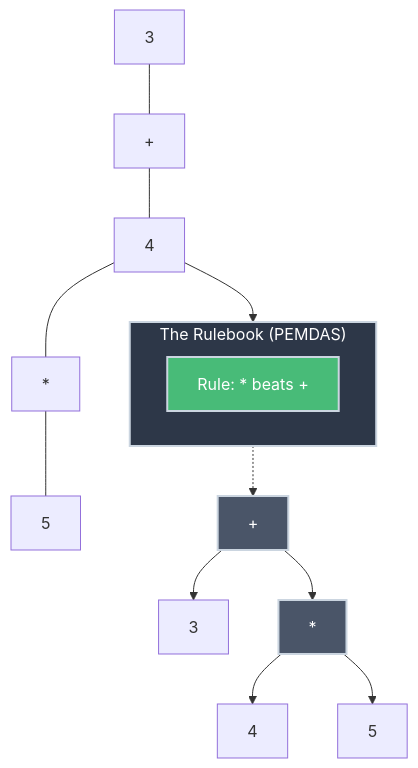
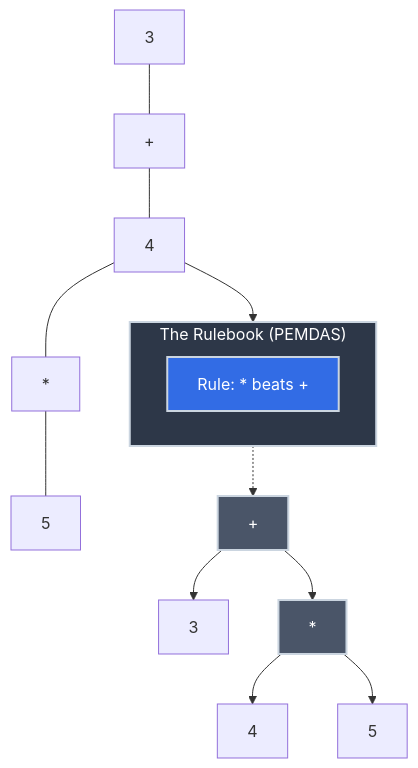
Before and after one commit to bradpenney/exploring_computer_science: the fifth of 8 diagrams in docs/mastery/functional_programming/scheme_and_parse_trees.md, drawn with Mermaid. The commit also changed other lines of this file and 27 other files, not shown here.

````diff
--- a/docs/mastery/functional_programming/scheme_and_parse_trees.md
+++ b/docs/mastery/functional_programming/scheme_and_parse_trees.md
@@ -378,21 +413,21 @@
     ```mermaid
     graph TD
         T1["3"] --- T2["+"] --- T3["4"] --- T4["*"] --- T5["5"]
 
         subgraph Rules ["The Rulebook (PEMDAS)"]
             R1["Rule: * beats +"]
         end
 
         Plus["+"] --> Three["3"]
         Plus --> Times["*"]
         Times --> Four["4"]
         Times --> Five["5"]
 
         T3 --> Rules
         Rules -.-> Plus
 
         style Plus fill:#4a5568,stroke:#cbd5e0,stroke-width:2px,color:#fff
         style Times fill:#4a5568,stroke:#cbd5e0,stroke-width:2px,color:#fff
         style Rules fill:#2d3748,stroke:#cbd5e0,stroke-width:2px,color:#fff
-        style R1 fill:#48bb78,stroke:#cbd5e0,stroke-width:2px,color:#fff
+        style R1 fill:#326CE5,stroke:#cbd5e0,stroke-width:2px,color:#fff
     ```
````
